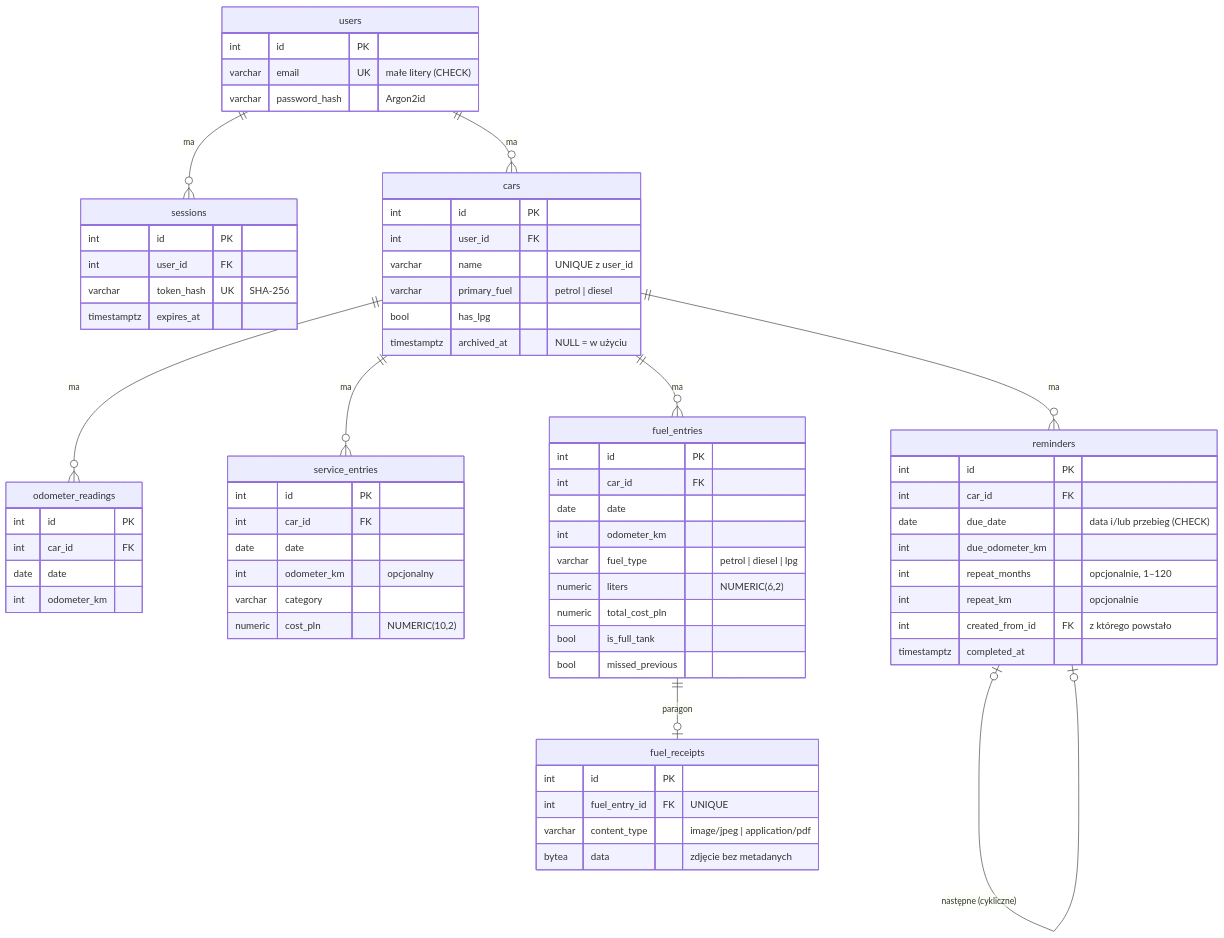
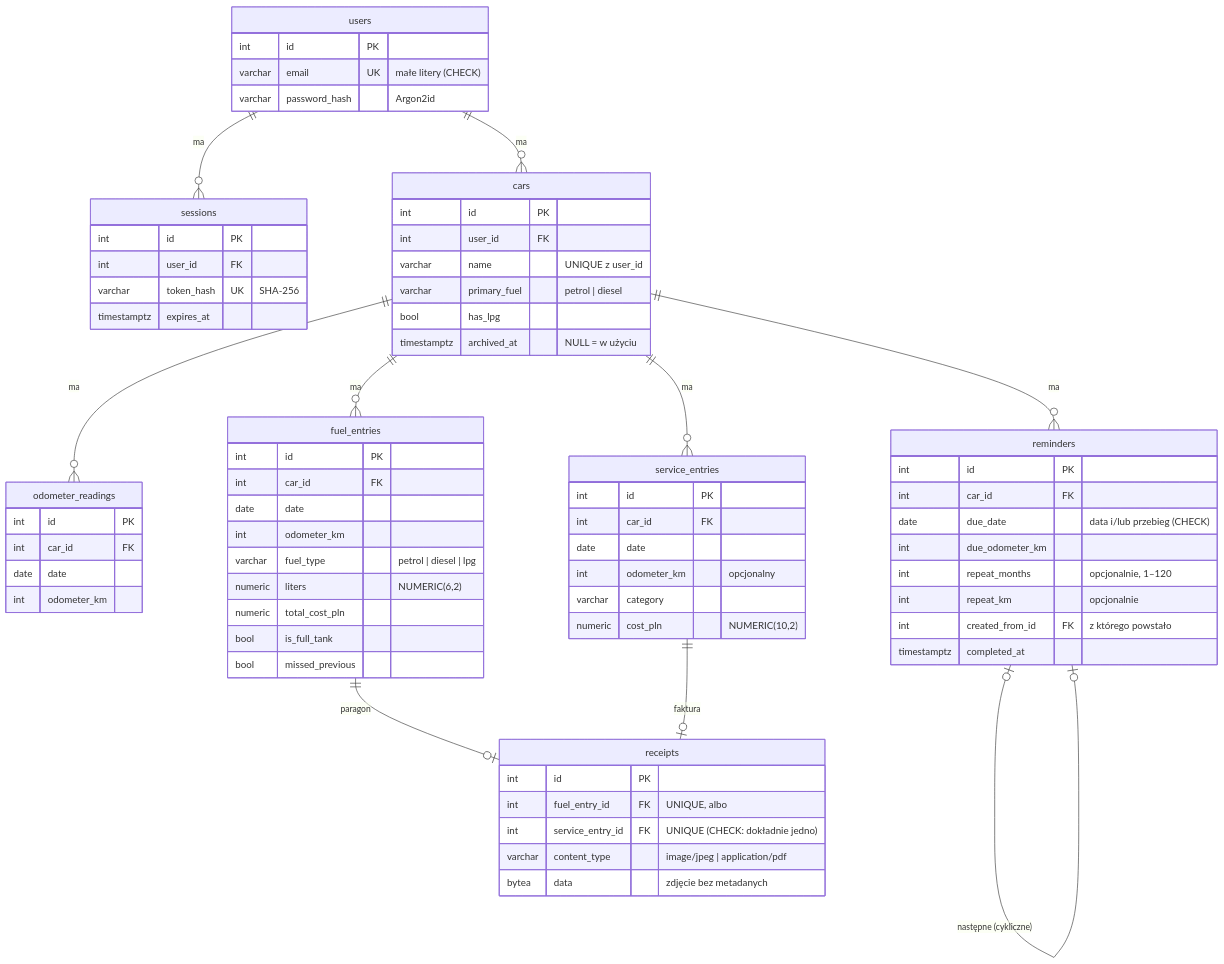
The second of 3 diagrams in docs/architecture.md (PSkrzyp11/GarageLog), drawn with Mermaid before and after one commit. The commit also changed 16 other files, not shown here.

First line of the commit message:
Attach invoices and other documents to service entries

````diff
--- a/docs/architecture.md
+++ b/docs/architecture.md
@@ -43,72 +43,74 @@
 ```mermaid
 erDiagram
     users ||--o{ sessions : "ma"
     users ||--o{ cars : "ma"
     cars ||--o{ odometer_readings : "ma"
     cars ||--o{ service_entries : "ma"
     cars ||--o{ fuel_entries : "ma"
-    fuel_entries ||--o| fuel_receipts : "paragon"
+    fuel_entries ||--o| receipts : "paragon"
+    service_entries ||--o| receipts : "faktura"
     cars ||--o{ reminders : "ma"
     reminders |o--o| reminders : "następne (cykliczne)"
 
     users {
         int id PK
         varchar email UK "małe litery (CHECK)"
         varchar password_hash "Argon2id"
     }
     sessions {
         int id PK
         int user_id FK
         varchar token_hash UK "SHA-256"
         timestamptz expires_at
     }
     cars {
         int id PK
         int user_id FK
         varchar name "UNIQUE z user_id"
         varchar primary_fuel "petrol | diesel"
         bool has_lpg
         timestamptz archived_at "NULL = w użyciu"
     }
     odometer_readings {
         int id PK
         int car_id FK
         date date
         int odometer_km
     }
     service_entries {
         int id PK
         int car_id FK
         date date
         int odometer_km "opcjonalny"
         varchar category
         numeric cost_pln "NUMERIC(10,2)"
     }
     fuel_entries {
         int id PK
         int car_id FK
         date date
         int odometer_km
         varchar fuel_type "petrol | diesel | lpg"
         numeric liters "NUMERIC(6,2)"
         numeric total_cost_pln
         bool is_full_tank
         bool missed_previous
     }
-    fuel_receipts {
+    receipts {
         int id PK
-        int fuel_entry_id FK "UNIQUE"
+        int fuel_entry_id FK "UNIQUE, albo"
+        int service_entry_id FK "UNIQUE (CHECK: dokładnie jedno)"
         varchar content_type "image/jpeg | application/pdf"
         bytea data "zdjęcie bez metadanych"
     }
     reminders {
         int id PK
         int car_id FK
         date due_date "data i/lub przebieg (CHECK)"
         int due_odometer_km
         int repeat_months "opcjonalnie, 1–120"
         int repeat_km "opcjonalnie"
         int created_from_id FK "z którego powstało"
         timestamptz completed_at
     }
 ```
````
